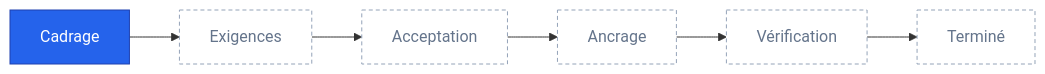
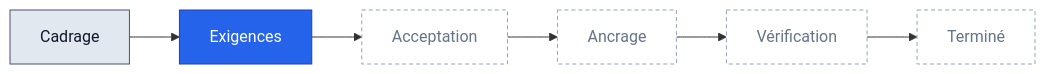
One commit to ng-galien/spec-loop changed the diagram in spec/FEAT-001-maket-http-connector/rendered/index.md. Above: the diagram before and after it, drawn with Mermaid. The commit also changed other lines of this file and 19 other files, not shown here.

First line of the commit message:
Fixtures for tests, split framing questions, past-phase line, widen artifacts.illustrates

````diff
--- a/spec/FEAT-001-maket-http-connector/rendered/index.md
+++ b/spec/FEAT-001-maket-http-connector/rendered/index.md
@@ -9,13 +9,13 @@
 ```mermaid
 flowchart LR
-  framing["Cadrage"]:::now
-  requirements["Exigences"]:::next
+  framing["Cadrage"]:::past
+  requirements["Exigences"]:::now
   acceptance["Acceptation"]:::next
   anchoring["Ancrage"]:::next
   verification["Vérification"]:::next
   done["Terminé"]:::next
   framing --> requirements --> acceptance --> anchoring --> verification --> done
   classDef past fill:#e2e8f0,stroke:#475569,color:#0f172a
   classDef now fill:#2563eb,stroke:#1e40af,color:#ffffff
   classDef next fill:#ffffff,stroke:#94a3b8,color:#64748b,stroke-dasharray:4 3
 ```
````
